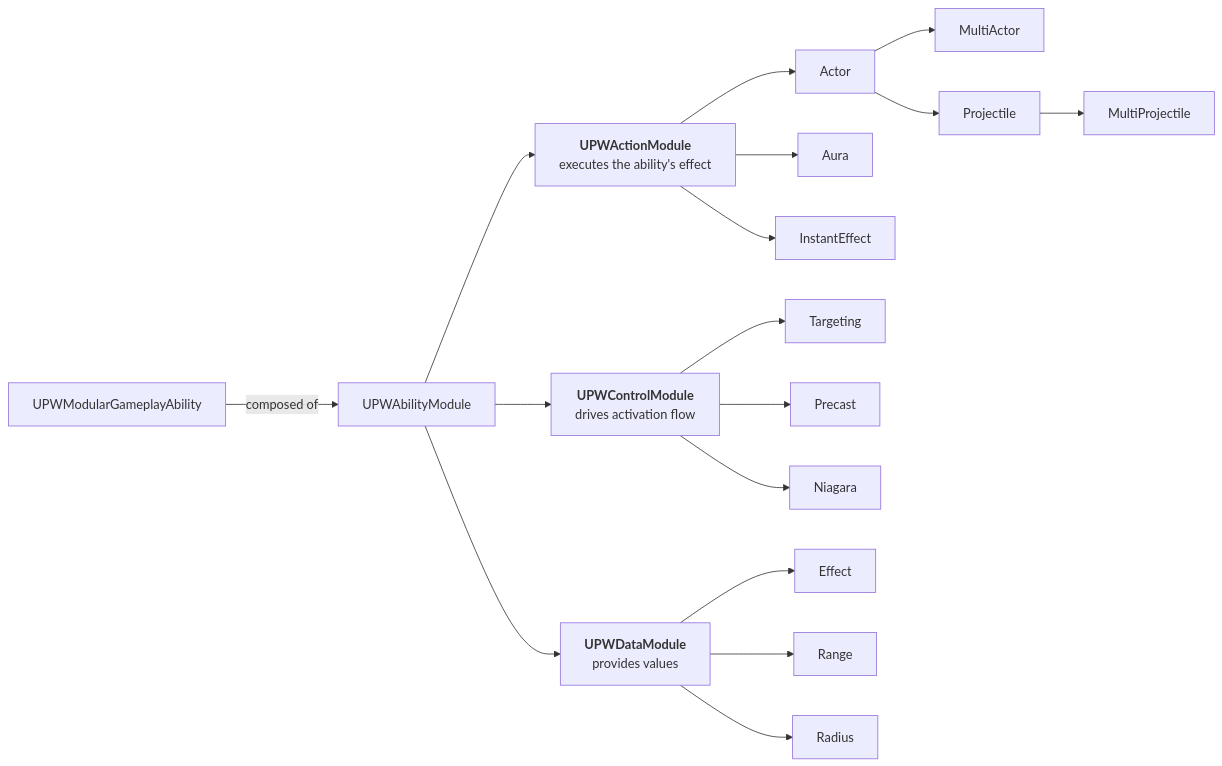
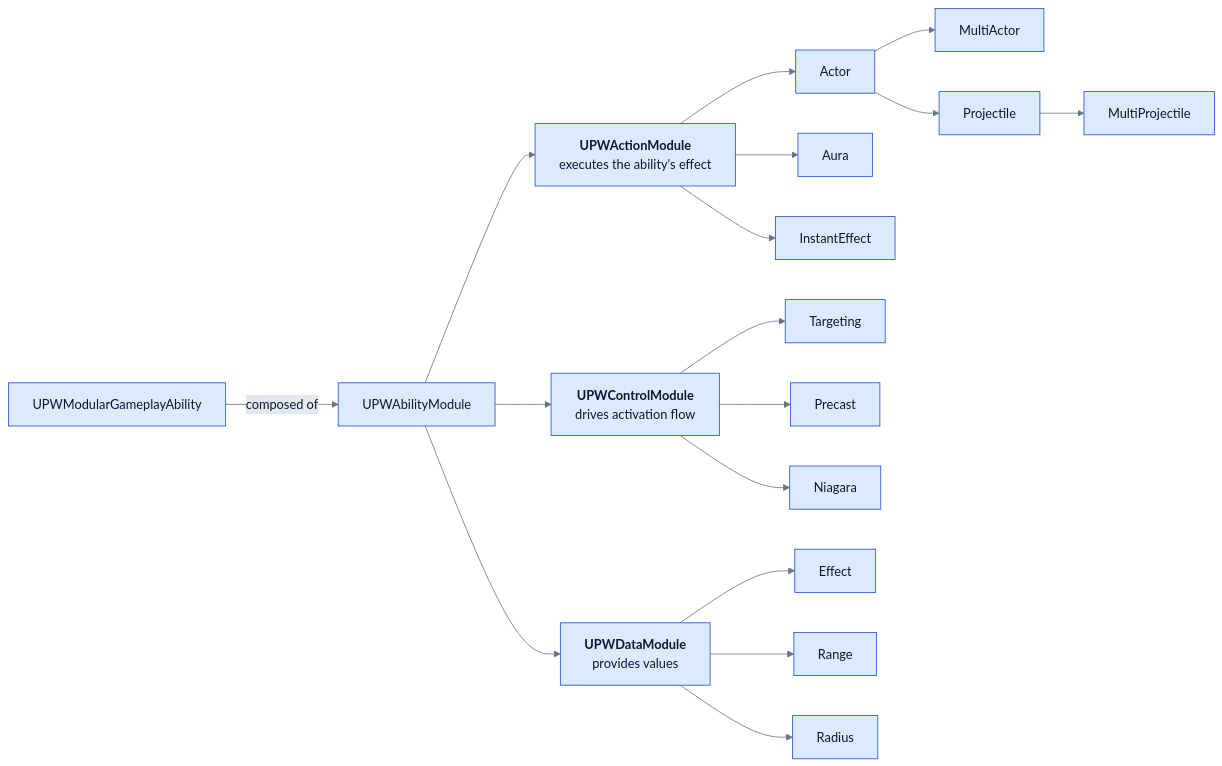
The fourth of 4 diagrams in Docs/GAS_Structure.md (mkurtt96/PWModules-TPS-Test-Game), drawn with Mermaid before and after one commit. The commit also changed other lines of this file, not shown here.

First line of the commit message:
Combine GAS structure into single diagram with explicit colors

````diff
--- a/Docs/GAS_Structure.md
+++ b/Docs/GAS_Structure.md
@@ -192,23 +303,24 @@
 ```mermaid
+%%{init: {"theme":"base","themeVariables":{"primaryColor":"#dbeafe","primaryTextColor":"#0f172a","primaryBorderColor":"#1d4ed8","lineColor":"#64748b","textColor":"#1e293b","edgeLabelBackground":"#e2e8f0"}}}%%
 flowchart LR
     MGA["UPWModularGameplayAbility"] -- "composed of" --> M["UPWAbilityModule"]
 
     M --> AM["<b>UPWActionModule</b><br/>executes the ability's effect"]
     M --> CM["<b>UPWControlModule</b><br/>drives activation flow"]
     M --> DM["<b>UPWDataModule</b><br/>provides values"]
 
     AM --> ModActor["Actor"]
     ModActor --> ModMultiActor["MultiActor"]
     ModActor --> ModProjectile["Projectile"]
     ModProjectile --> ModMultiProjectile["MultiProjectile"]
     AM --> ModAura["Aura"]
     AM --> ModInstantEffect["InstantEffect"]
 
     CM --> ModTargeting["Targeting"]
     CM --> ModPrecast["Precast"]
     CM --> ModNiagara["Niagara"]
 
     DM --> ModEffect["Effect"]
     DM --> ModRange["Range"]
     DM --> ModRadius["Radius"]
 ```
````
